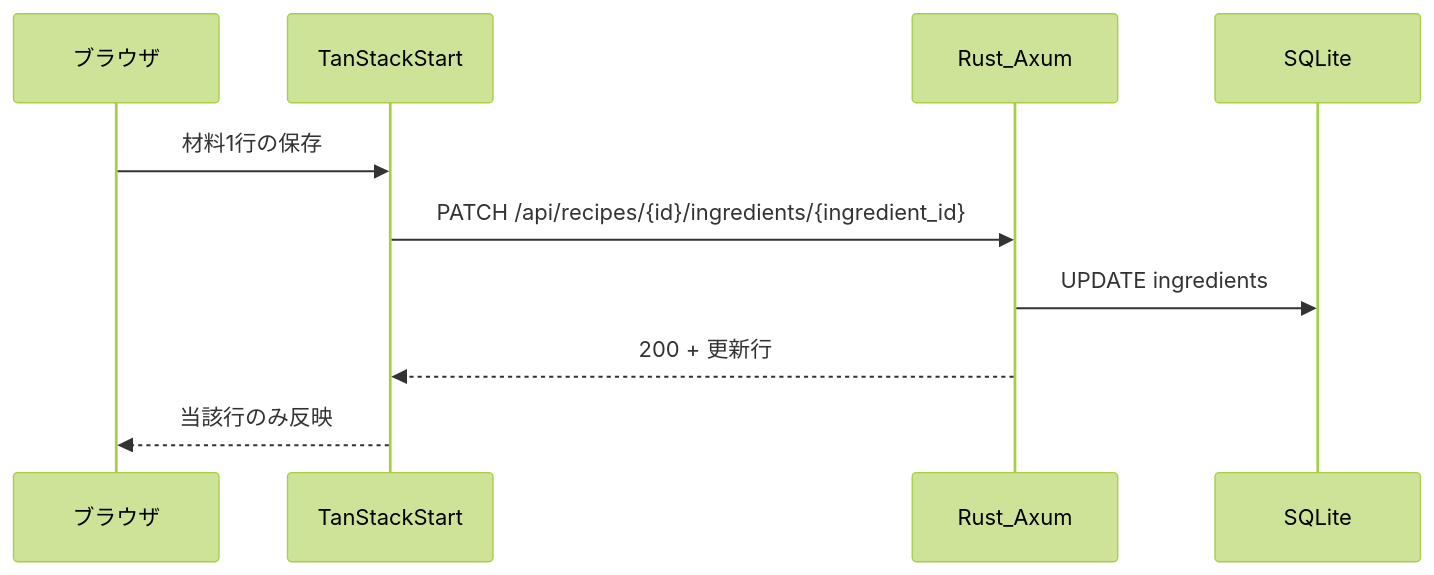
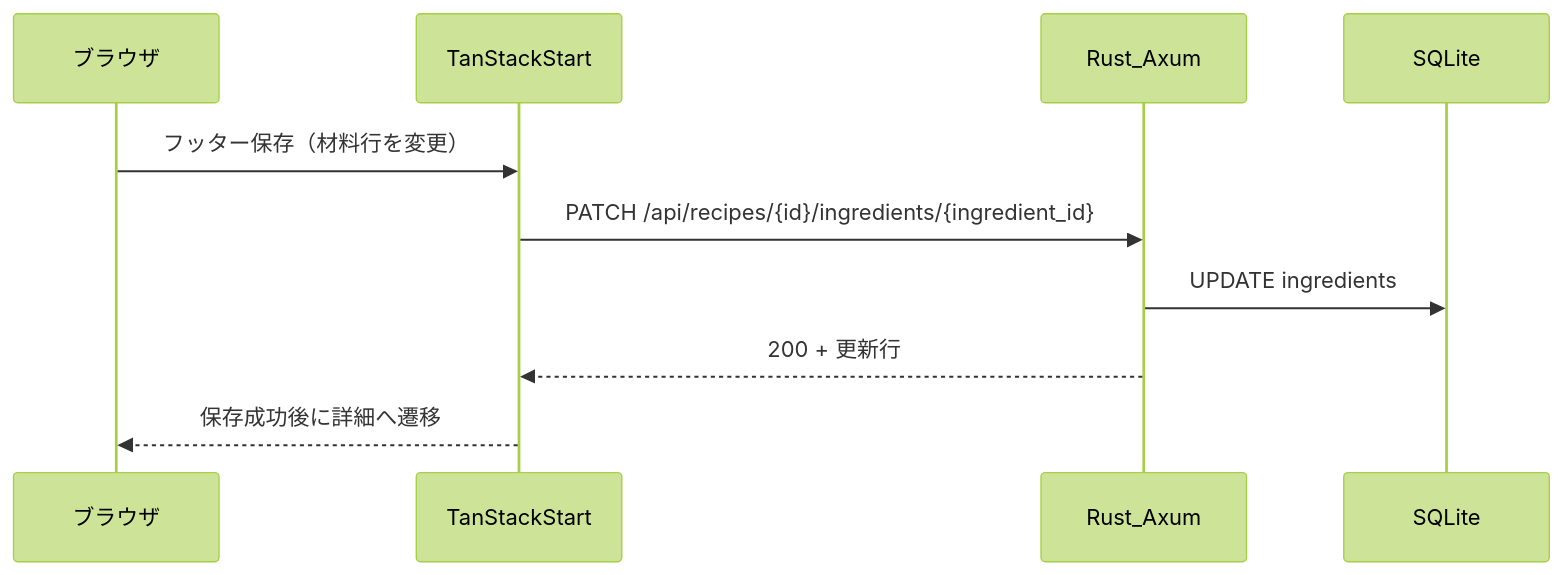
One commit to rikuto-web/recipe-app changed the second of 3 diagrams in docs/06-api.md. Above: the diagram before and after it, drawn with Mermaid (forest theme). The commit also changed other lines of this file and 33 other files, not shown here.

````diff
--- a/docs/06-api.md
+++ b/docs/06-api.md
@@ -347,13 +351,13 @@
 ```mermaid
 sequenceDiagram
   participant Browser as ブラウザ
   participant FE as TanStackStart
   participant API as Rust_Axum
   participant DB as SQLite
 
-  Browser->>FE: 材料1行の保存
+  Browser->>FE: フッター保存（材料行を変更）
   FE->>API: PATCH /api/recipes/{id}/ingredients/{ingredient_id}
   API->>DB: UPDATE ingredients
   API-->>FE: 200 + 更新行
-  FE-->>Browser: 当該行のみ反映
+  FE-->>Browser: 保存成功後に詳細へ遷移
 ```
````
